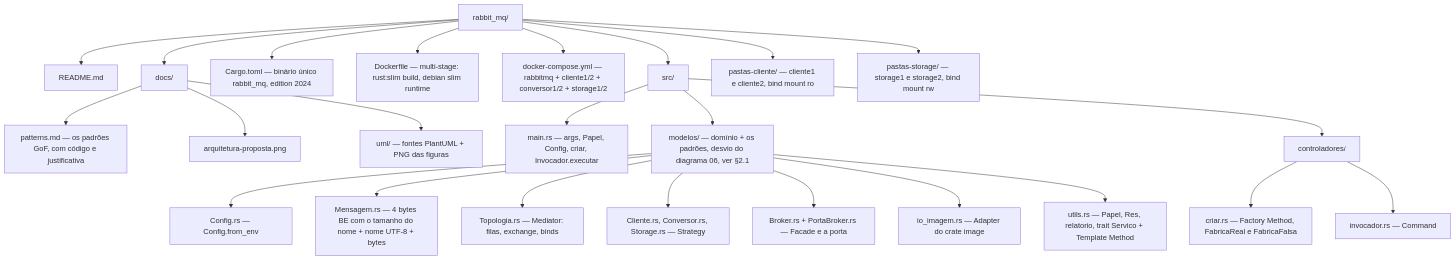
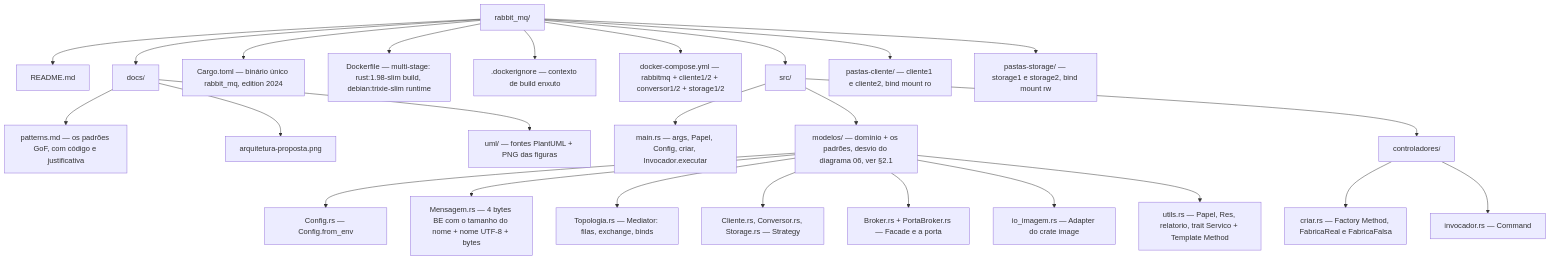
Before and after one commit to ysrael12/rabbit_mq: the third of 3 diagrams in README.md, drawn with Mermaid. The commit also changed other lines of this file and 3 other files, not shown here.

First line of the commit message:
empacotamento: Dockerfile multi-stage + compose (broker e 6 serviços)

````diff
--- a/README.md
+++ b/README.md
@@ -132,27 +134,28 @@
 ```mermaid
 graph TD
     raiz["rabbit_mq/"]
     raiz --> md["README.md"]
     raiz --> docs["docs/"]
     docs --> pat["patterns.md — os padrões GoF, com código e justificativa"]
     docs --> png["arquitetura-proposta.png"]
     docs --> uml["uml/ — fontes PlantUML + PNG das figuras"]
     raiz --> cargo["Cargo.toml — binário único rabbit_mq, edition 2024"]
-    raiz --> dockerfile["Dockerfile — multi-stage: rust:slim build, debian slim runtime"]
+    raiz --> dockerfile["Dockerfile — multi-stage: rust:1.98-slim build, debian:trixie-slim runtime"]
+    raiz --> di[".dockerignore — contexto de build enxuto"]
     raiz --> compose["docker-compose.yml — rabbitmq + cliente1/2 + conversor1/2 + storage1/2"]
     raiz --> src["src/"]
     src --> main["main.rs — args, Papel, Config, criar, Invocador.executar"]
     src --> modelos["modelos/ — domínio + os padrões, desvio do diagrama 06, ver §2.1"]
     modelos --> cfg["Config.rs — Config.from_env"]
     modelos --> msg["Mensagem.rs — 4 bytes BE com o tamanho do nome + nome UTF-8 + bytes"]
     modelos --> topo["Topologia.rs — Mediator: filas, exchange, binds"]
     modelos --> serv["Cliente.rs, Conversor.rs, Storage.rs — Strategy"]
     modelos --> fac["Broker.rs + PortaBroker.rs — Facade e a porta"]
     modelos --> adap["io_imagem.rs — Adapter do crate image"]
     modelos --> utils["utils.rs — Papel, Res, relatorio, trait Servico + Template Method"]
     src --> ctrl["controladores/"]
     ctrl --> criar["criar.rs — Factory Method, FabricaReal e FabricaFalsa"]
     ctrl --> inv["invocador.rs — Command"]
     raiz --> pc["pastas-cliente/ — cliente1 e cliente2, bind mount ro"]
     raiz --> ps["pastas-storage/ — storage1 e storage2, bind mount rw"]
 ```
````
